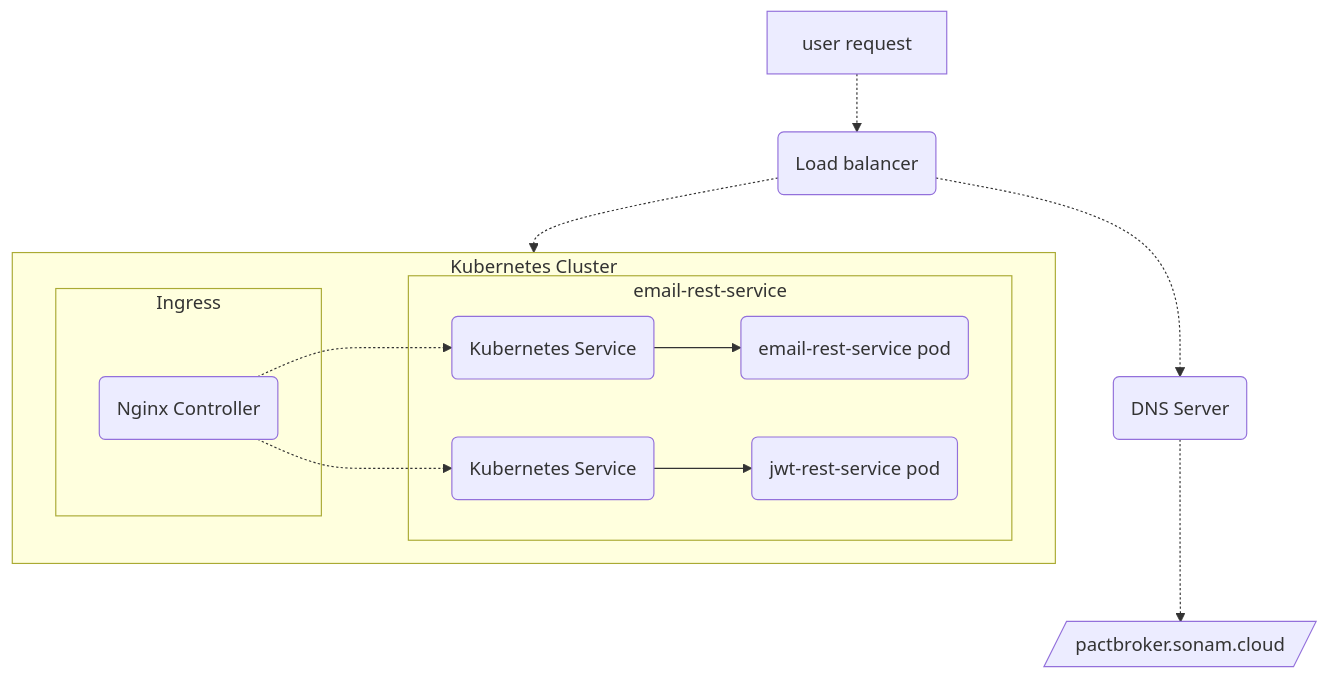
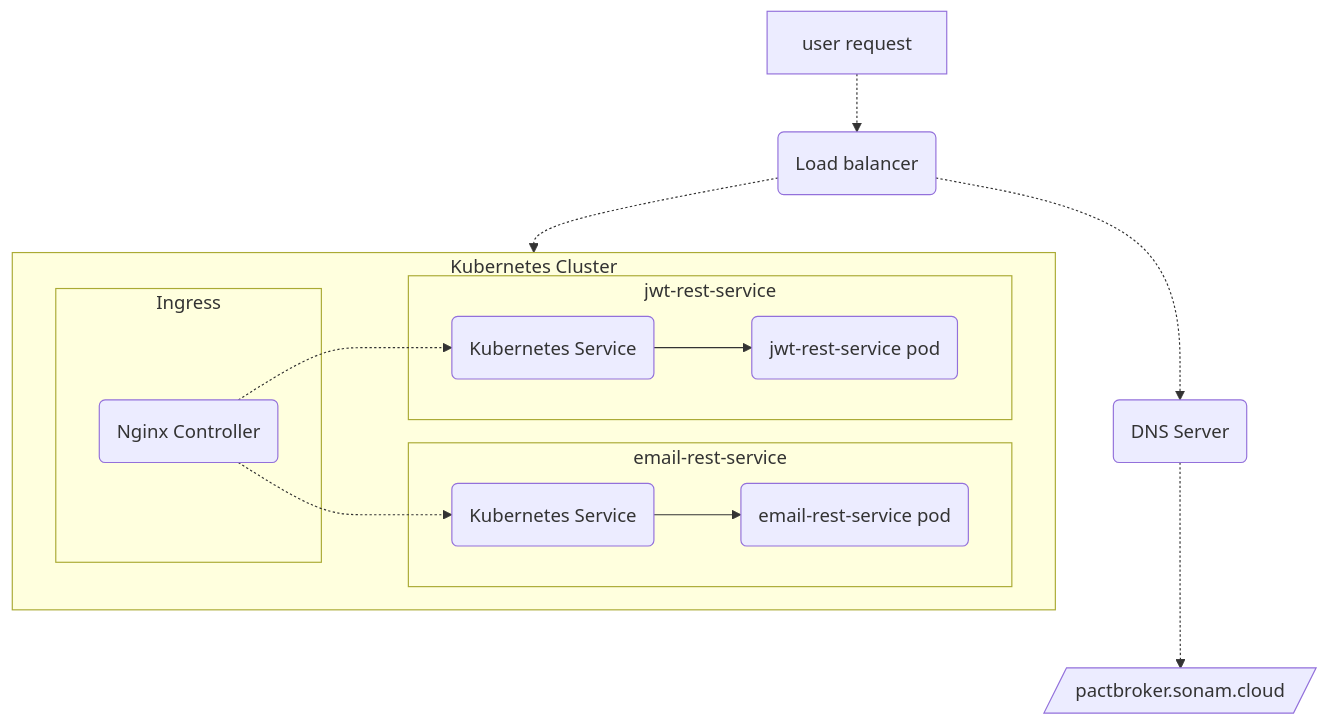
One commit to sonamsamdupkhangsar/sonamsamdupkhangsar.github.io changed the first of 4 diagrams in README.md. Above: the diagram before and after it, drawn with Mermaid.

Commit message:
add jwt-rest-service

````diff
--- a/README.md
+++ b/README.md
@@ -12,23 +12,23 @@
 ```mermaid
 flowchart TD
     A[user request] -.-> B(Load balancer)
     B -.-> C(DNS Server)
     C -.-> D[/pactbroker.sonam.cloud/]
     subgraph k8[Kubernetes Cluster]
     subgraph ingress[Ingress]
     F(Nginx Controller)
     end
     subgraph app[email-rest-service]
     G(Kubernetes Service)
     G --> H(email-rest-service pod)
     end    
-    subgraph app[jwt-rest-service]
+    subgraph jwt[jwt-rest-service]
     I(Kubernetes Service)
     I --> J(jwt-rest-service pod)
     end    
     end
     F -.-> G
     F -.-> I
     B -.-> k8
 
 ```
````
